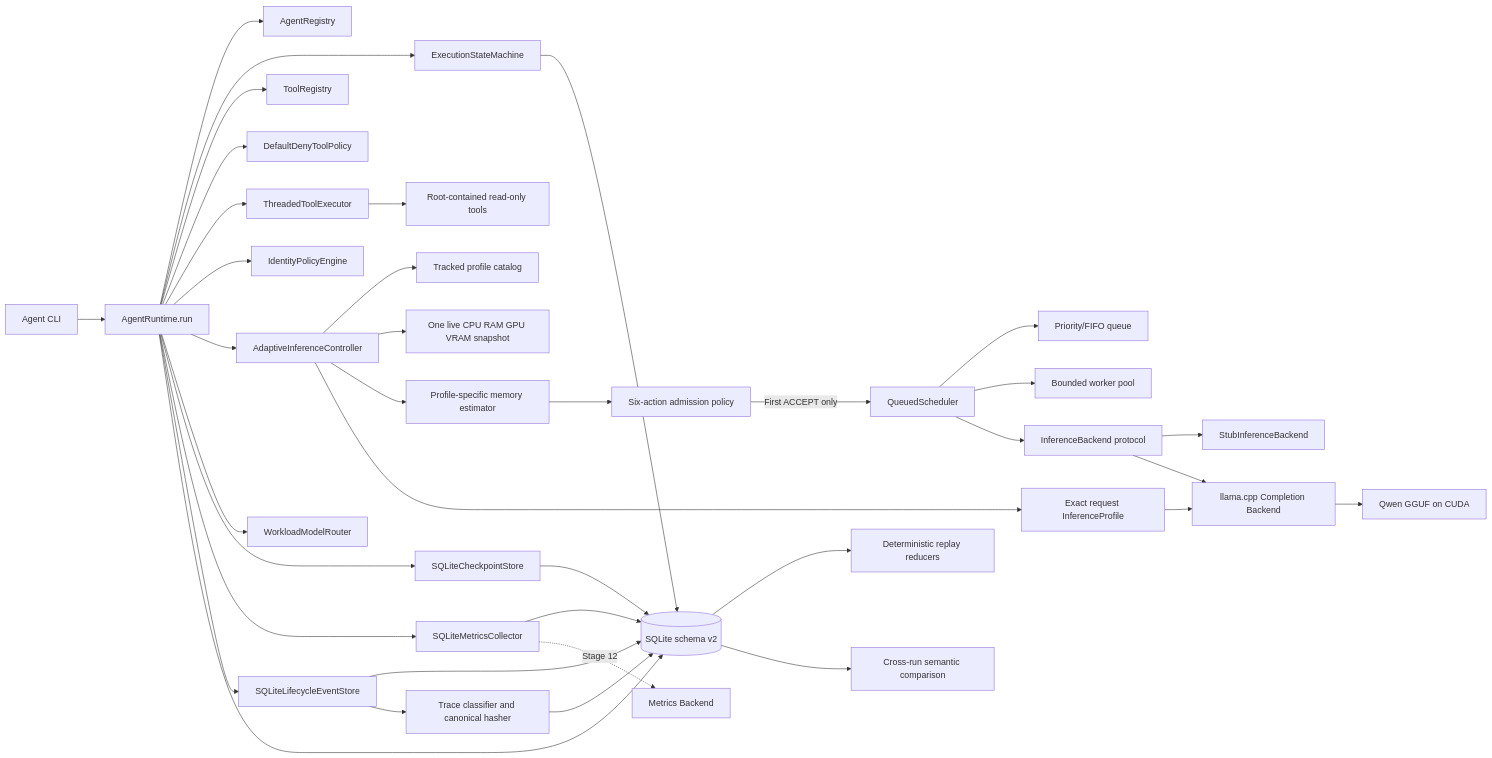
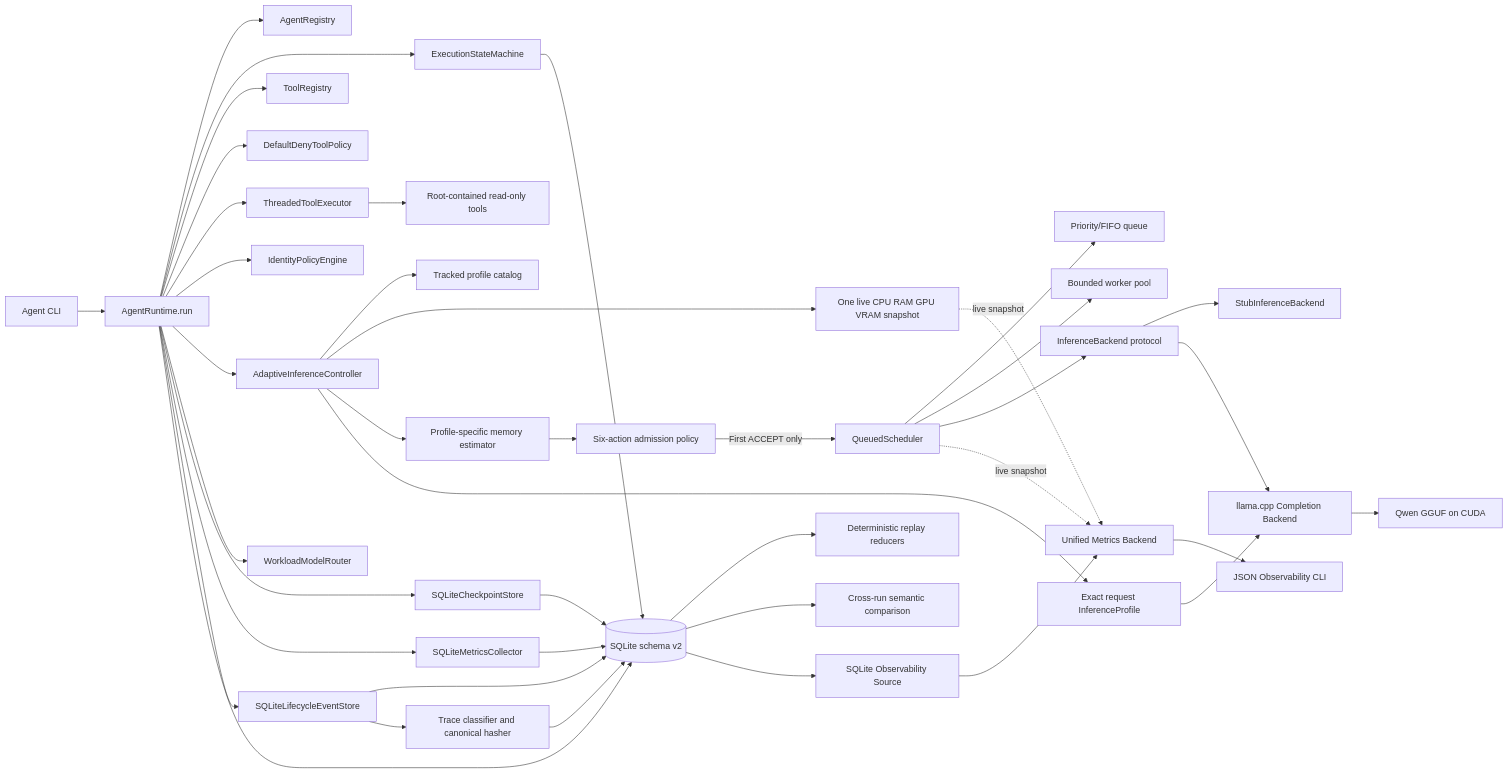
The diagram in docs/architecture.md (kunalvaghani/Local-AI-System-Lab), drawn with Mermaid before and after one commit. The commit also changed other lines of this file and 27 other files, not shown here.

````diff
--- a/docs/architecture.md
+++ b/docs/architecture.md
@@ -12,39 +12,43 @@
 ```mermaid
 flowchart LR
     C[Agent CLI] --> R[AgentRuntime.run]
     R --> A[AgentRegistry]
     R --> X[ExecutionStateMachine]
     R --> TR[ToolRegistry]
     R --> TP[DefaultDenyToolPolicy]
     R --> TE[ThreadedToolExecutor]
     TE --> ST[Root-contained read-only tools]
     R --> P[IdentityPolicyEngine]
     R --> AC[AdaptiveInferenceController]
     AC --> PC[Tracked profile catalog]
     AC --> HP[One live CPU RAM GPU VRAM snapshot]
     AC --> ME[Profile-specific memory estimator]
     ME --> AD[Six-action admission policy]
     AD -->|First ACCEPT only| S[QueuedScheduler]
     S --> Q[Priority/FIFO queue]
     S --> W[Bounded worker pool]
     R --> M[WorkloadModelRouter]
     S --> I[InferenceBackend protocol]
     I --> U[StubInferenceBackend]
     I --> L[llama.cpp Completion Backend]
     AC --> IP[Exact request InferenceProfile]
     IP --> L
     R --> K[SQLiteCheckpointStore]
     R --> E[SQLiteMetricsCollector]
     R --> V[SQLiteLifecycleEventStore]
     R --> D[(SQLite schema v2)]
     K --> D
     E --> D
     V --> D
     X --> D
     V --> T[Trace classifier and canonical hasher]
     T --> D
     D --> RP[Deterministic replay reducers]
     D --> CP[Cross-run semantic comparison]
     L --> G[Qwen GGUF on CUDA]
-    E -. Stage 12 .-> O[Metrics Backend]
+    D --> OS[SQLite Observability Source]
+    OS --> O[Unified Metrics Backend]
+    S -. live snapshot .-> O
+    HP -. live snapshot .-> O
+    O --> OC[JSON Observability CLI]
 ```
````
